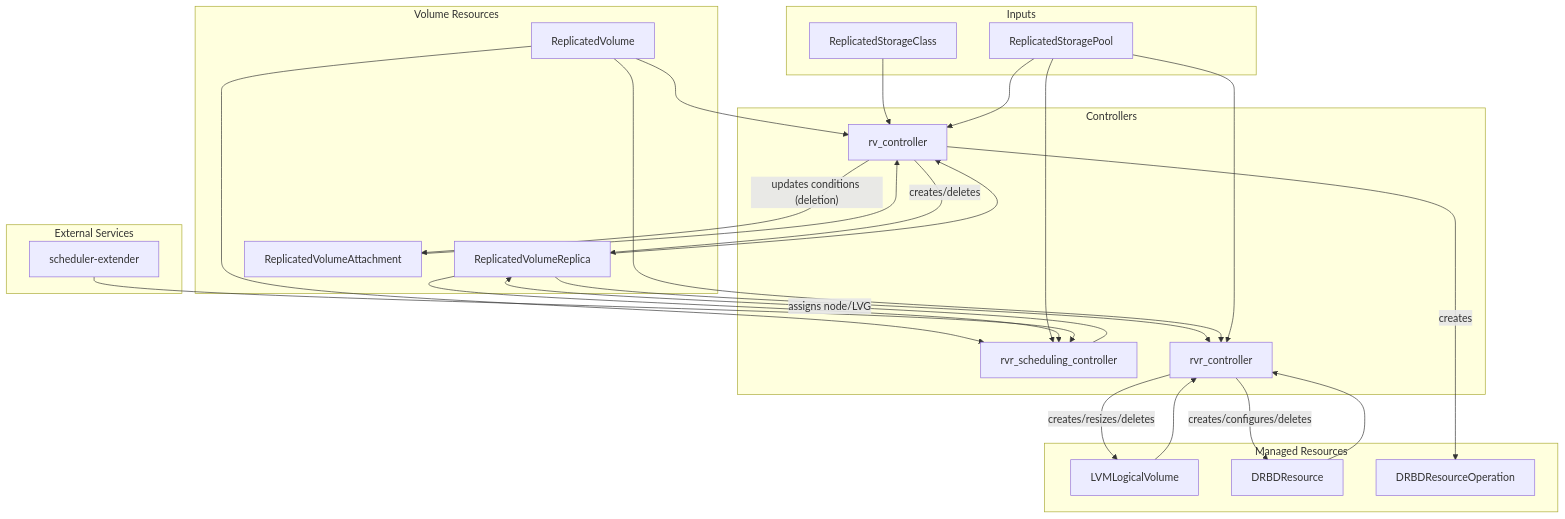
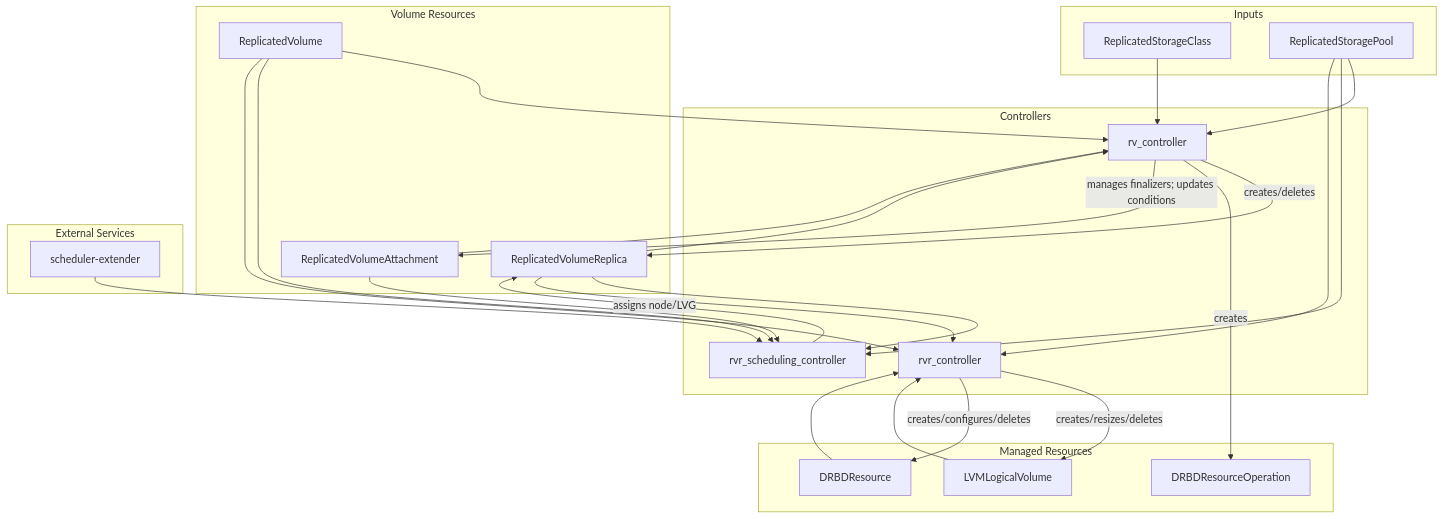
Before and after one commit to deckhouse/sds-replicated-volume: the second of 2 diagrams in images/controller/README.md, drawn with Mermaid. The commit also changed other lines of this file and 79 other files, not shown here.

````diff
--- a/images/controller/README.md
+++ b/images/controller/README.md
@@ -77,52 +77,53 @@
 ```mermaid
 flowchart TB
     subgraph inputs [Inputs]
         RSC[ReplicatedStorageClass]
         RSP[ReplicatedStoragePool]
     end
 
     subgraph volumeResources [Volume Resources]
         RV[ReplicatedVolume]
         RVR[ReplicatedVolumeReplica]
         RVA[ReplicatedVolumeAttachment]
     end
 
     subgraph controllers [Controllers]
         RVCtrl[rv_controller]
         RVRSchedCtrl[rvr_scheduling_controller]
         RVRCtrl[rvr_controller]
     end
 
     subgraph managed [Managed Resources]
         LLV[LVMLogicalVolume]
         DRBDR[DRBDResource]
         DRBDROp[DRBDResourceOperation]
     end
 
     subgraph externalSvc [External Services]
         SchExt[scheduler-extender]
     end
 
     RSC --> RVCtrl
     RSP --> RVCtrl
     RV --> RVCtrl
     RVR --> RVCtrl
     RVA --> RVCtrl
     RVCtrl -->|creates/deletes| RVR
     RVCtrl -->|creates| DRBDROp
-    RVCtrl -->|"updates conditions (deletion)"| RVA
+    RVCtrl -->|"manages finalizers; updates conditions"| RVA
 
     RV --> RVRSchedCtrl
     RSP --> RVRSchedCtrl
     RVR --> RVRSchedCtrl
+    RVA --> RVRSchedCtrl
     SchExt --> RVRSchedCtrl
     RVRSchedCtrl -->|"assigns node/LVG"| RVR
 
     RVR --> RVRCtrl
     RV --> RVRCtrl
     RSP --> RVRCtrl
     LLV --> RVRCtrl
     DRBDR --> RVRCtrl
     RVRCtrl -->|creates/resizes/deletes| LLV
     RVRCtrl -->|creates/configures/deletes| DRBDR
 ```
````
